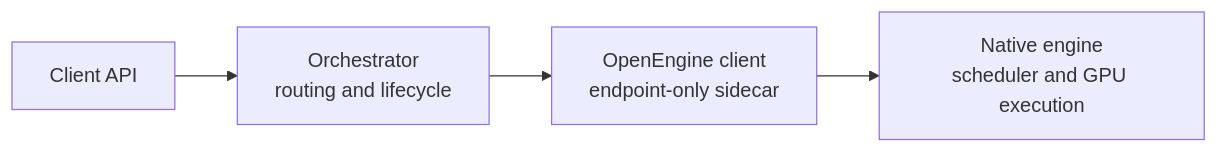
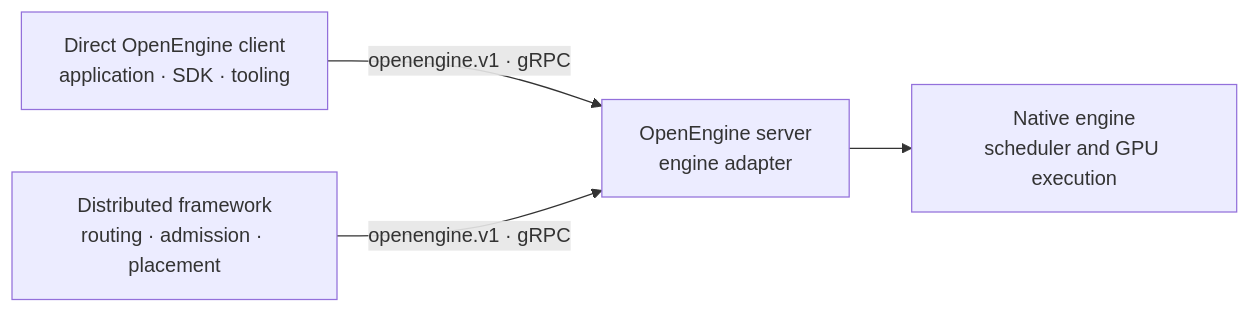
One commit to ai-dynamo/openengine changed the diagram in docs/motivation.md. Above: the diagram before and after it, drawn with Mermaid. The commit also changed other lines of this file and 6 other files, not shown here.

First line of the commit message:
refactor(repo): align schema layout and terminology (#6)

````diff
--- a/docs/motivation.md
+++ b/docs/motivation.md
@@ -37,6 +40,8 @@
 ```mermaid
 flowchart LR
-    C["Client API"] --> O["Orchestrator<br/>routing and lifecycle"]
-    O --> S["OpenEngine client<br/>endpoint-only sidecar"]
+    D["Direct OpenEngine client<br/>application · SDK · tooling"]
+    F["Distributed framework<br/>routing · admission · placement"]
+    D -->|"openengine.v1 · gRPC"| S["OpenEngine server<br/>engine adapter"]
+    F -->|"openengine.v1 · gRPC"| S
     S --> E["Native engine<br/>scheduler and GPU execution"]
 ```
````
